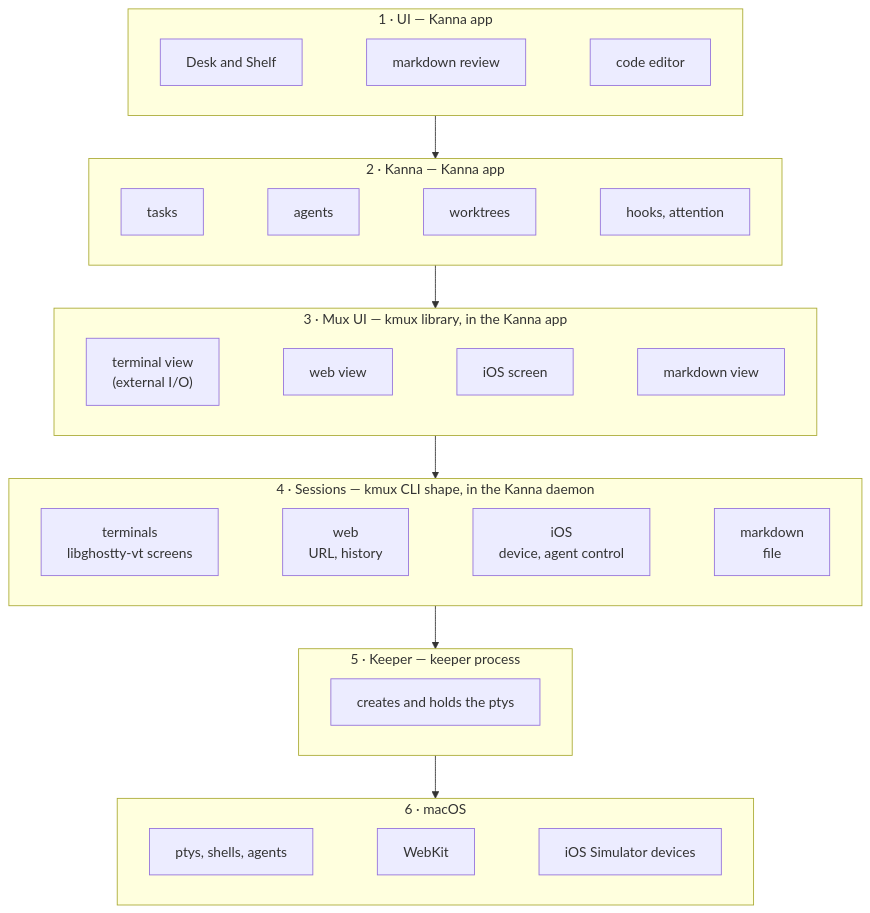
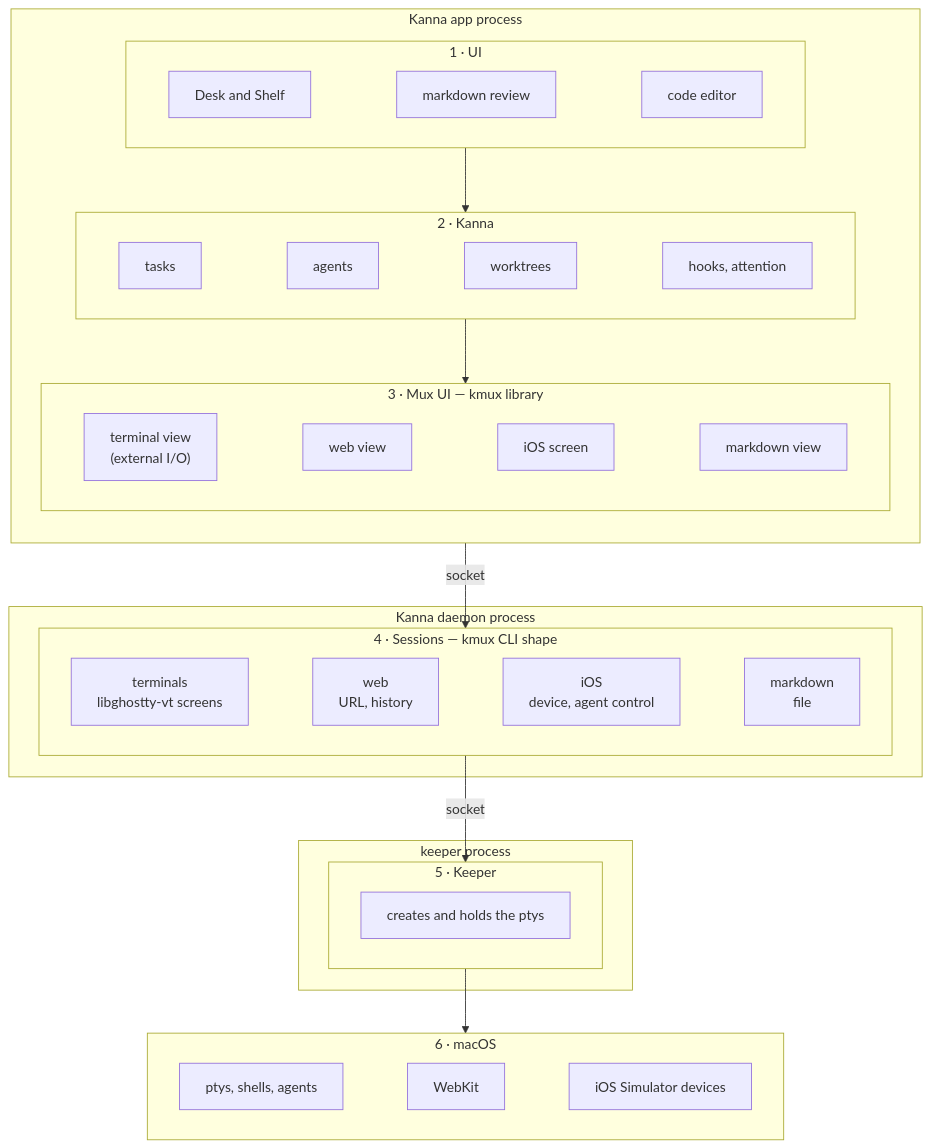
Before and after one commit to jemdiggity/kanna-v4: the first of 11 diagrams in docs/research/mux-architecture.md, drawn with Mermaid. The commit also changed other lines of this file, not shown here.

Commit message:
Mux architecture: show the processes around the layer stacks

````diff
--- a/docs/research/mux-architecture.md
+++ b/docs/research/mux-architecture.md
@@ -43,27 +43,37 @@
 ```mermaid
 flowchart TB
-    subgraph L1["1 · UI — Kanna app"]
-        direction LR
-        DESK["Desk and Shelf"] ~~~ REVIEW["markdown review"] ~~~ EDIT["code editor"]
+    subgraph PAPP["Kanna app process"]
+        direction TB
+        subgraph L1["1 · UI"]
+            direction LR
+            DESK["Desk and Shelf"] ~~~ REVIEW["markdown review"] ~~~ EDIT["code editor"]
+        end
+        subgraph L2["2 · Kanna"]
+            direction LR
+            TASKS["tasks"] ~~~ AGENTS["agents"] ~~~ WT["worktrees"] ~~~ HOOKS["hooks, attention"]
+        end
+        subgraph L3["3 · Mux UI — kmux library"]
+            direction LR
+            TV["terminal view<br/>(external I/O)"] ~~~ WV["web view"] ~~~ IV["iOS screen"] ~~~ MV["markdown view"]
+        end
+        L1 --> L2 --> L3
     end
-    subgraph L2["2 · Kanna — Kanna app"]
-        direction LR
-        TASKS["tasks"] ~~~ AGENTS["agents"] ~~~ WT["worktrees"] ~~~ HOOKS["hooks, attention"]
+    subgraph PD["Kanna daemon process"]
+        subgraph L4["4 · Sessions — kmux CLI shape"]
+            direction LR
+            TS["terminals<br/>libghostty-vt screens"] ~~~ WS["web<br/>URL, history"] ~~~ IS["iOS<br/>device, agent control"] ~~~ MS["markdown<br/>file"]
+        end
     end
-    subgraph L3["3 · Mux UI — kmux library, in the Kanna app"]
-        direction LR
-        TV["terminal view<br/>(external I/O)"] ~~~ WV["web view"] ~~~ IV["iOS screen"] ~~~ MV["markdown view"]
-    end
-    subgraph L4["4 · Sessions — kmux CLI shape, in the Kanna daemon"]
-        direction LR
-        TS["terminals<br/>libghostty-vt screens"] ~~~ WS["web<br/>URL, history"] ~~~ IS["iOS<br/>device, agent control"] ~~~ MS["markdown<br/>file"]
-    end
-    subgraph L5["5 · Keeper — keeper process"]
-        KEEP["creates and holds the ptys"]
+    subgraph PK["keeper process"]
+        subgraph L5["5 · Keeper"]
+            KEEP["creates and holds the ptys"]
+        end
     end
     subgraph L6["6 · macOS"]
         direction LR
         PTY["ptys, shells, agents"] ~~~ WK["WebKit"] ~~~ SIM["iOS Simulator devices"]
     end
-    L1 --> L2 --> L3 --> L4 --> L5 --> L6
+    L3 -->|"socket"| L4
+    L4 -->|"socket"| L5
+    L5 --> L6
 ```
````
